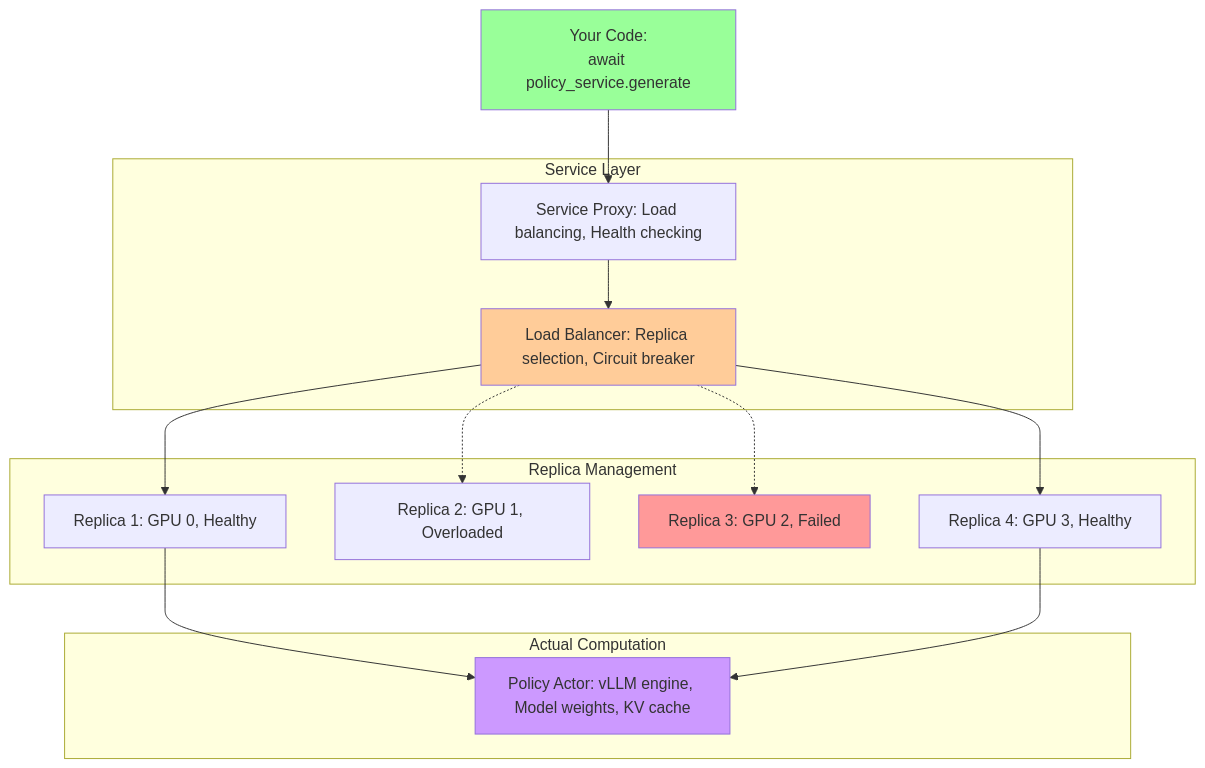
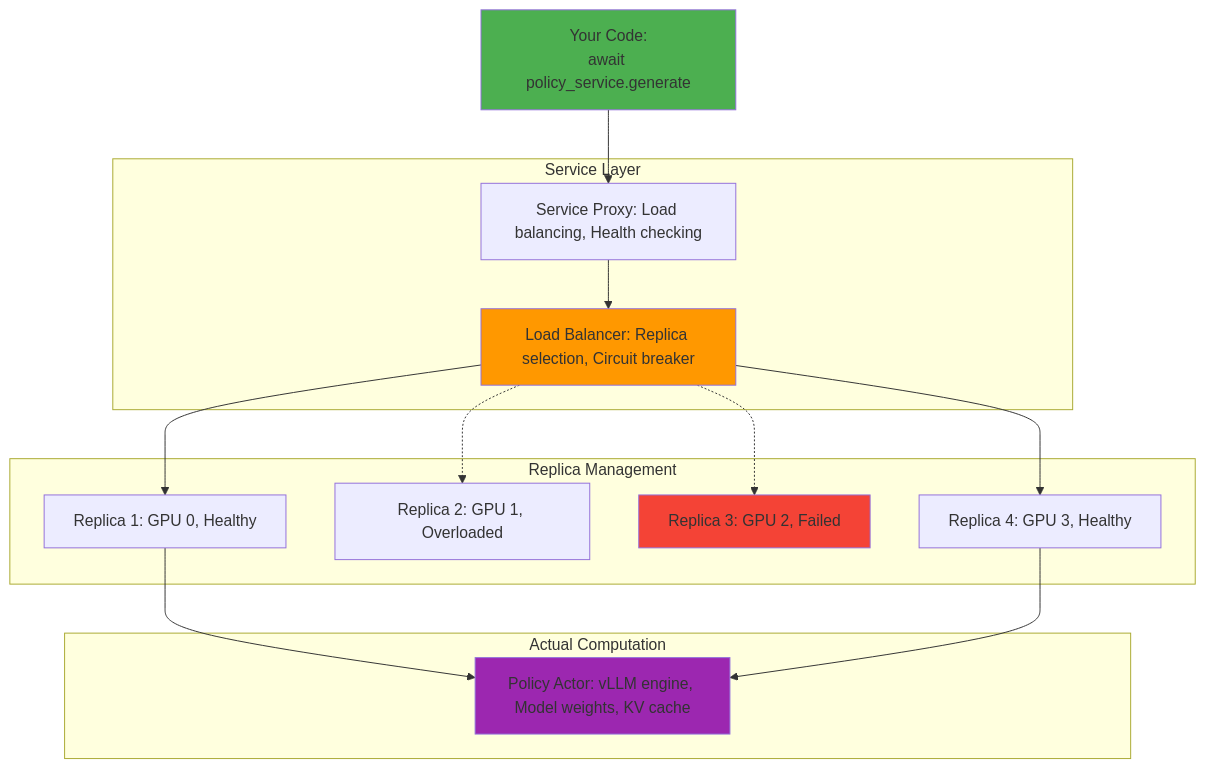
One commit to meta-pytorch/torchforge changed the diagram in docs/Tutorials/2_Forge_Internals.MD. Above: the diagram before and after it, drawn with Mermaid. The commit also changed 2 other files, not shown here.

````diff
--- a/docs/Tutorials/2_Forge_Internals.MD
+++ b/docs/Tutorials/2_Forge_Internals.MD
@@ -13,34 +13,34 @@
 ```mermaid
 graph TD
     Call["Your Code:<br/>await policy_service.generate"]
     
     subgraph ServiceLayer["Service Layer"]
         Proxy["Service Proxy: Load balancing, Health checking"]
         LB["Load Balancer: Replica selection, Circuit breaker"]
     end
     
     subgraph Replicas["Replica Management"]
         R1["Replica 1: GPU 0, Healthy"]
         R2["Replica 2: GPU 1, Overloaded"]
         R3["Replica 3: GPU 2, Failed"]
         R4["Replica 4: GPU 3, Healthy"]
     end
     
     subgraph Compute["Actual Computation"]
         Actor["Policy Actor: vLLM engine, Model weights, KV cache"]
     end
     
     Call --> Proxy
     Proxy --> LB
     LB --> R1
     LB -.-> R2
     LB -.-> R3
     LB --> R4
     R1 --> Actor
     R4 --> Actor
     
-    style Call fill:#99ff99
-    style LB fill:#ffcc99
-    style R3 fill:#ff9999
-    style Actor fill:#cc99ff
+    style Call fill:#4CAF50
+    style LB fill:#FF9800
+    style R3 fill:#F44336
+    style Actor fill:#9C27B0
 ```
````
